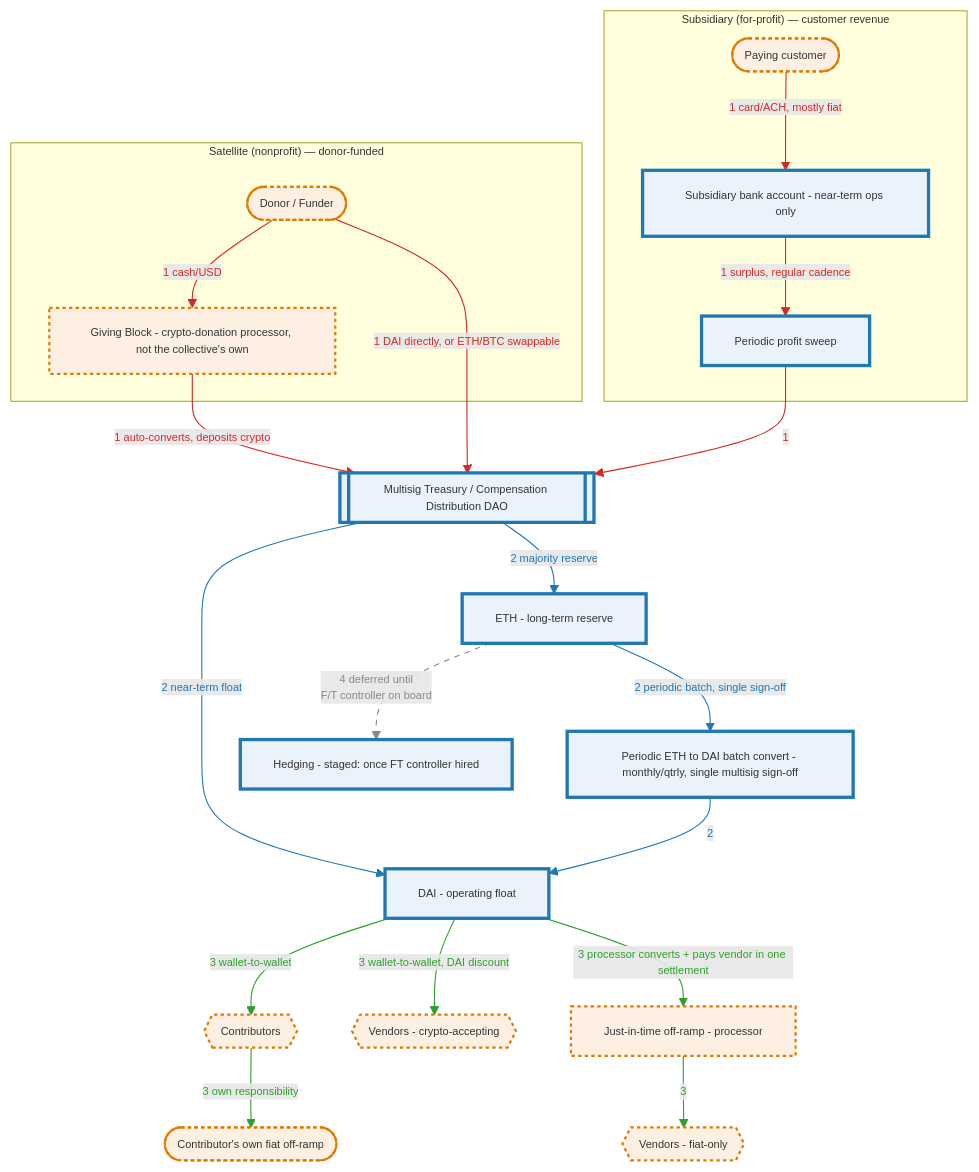
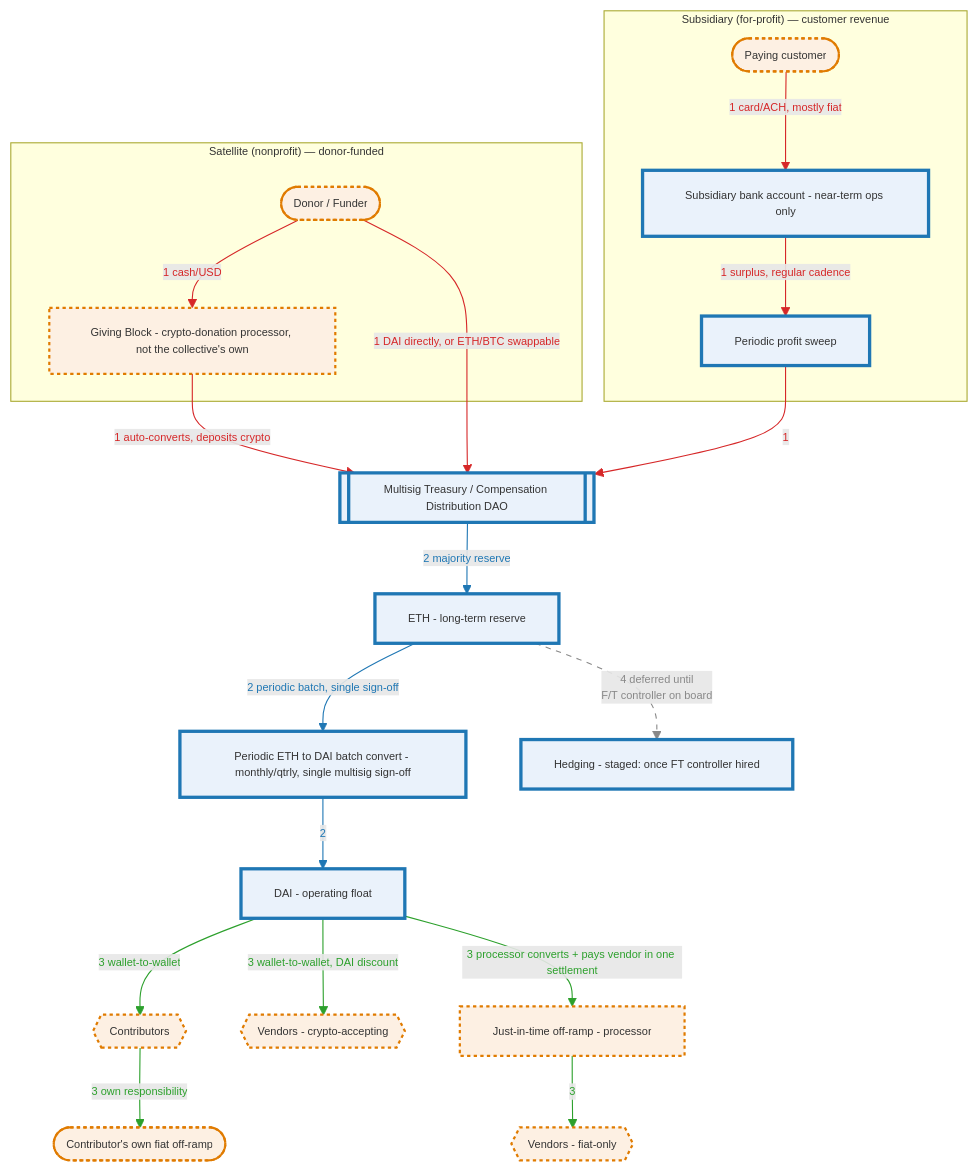
One commit to doikayt/admin changed the third of 4 diagrams in governance/commons-hub-pattern.md. Above: the diagram before and after it, drawn with Mermaid.

Commit message:
docs: remove redundant direct Treasury->DAIFloat edge
The periodic batch-convert is now the single, clear mechanism
funding the DAI float - removes the apparent duplication where two
separate arrows both fed the same box. Updated linkStyle indices to
match the reduced edge count.

````diff
--- a/governance/commons-hub-pattern.md
+++ b/governance/commons-hub-pattern.md
@@ -880,56 +880,55 @@
 ```mermaid
 %%{init: {"themeVariables": {"fontSize": "10px"}}}%%
 flowchart TD
     subgraph SAT["Satellite (nonprofit) — donor-funded"]
         Donor([Donor / Funder])
         DonationProcessor[Giving Block - crypto-donation processor, not the collective's own]
     end
 
     subgraph SUB["Subsidiary (for-profit) — customer revenue"]
         Customer([Paying customer])
         SubBank[Subsidiary bank account - near-term ops only]
         Sweep[Periodic profit sweep]
     end
 
     Treasury[[Multisig Treasury / Compensation Distribution DAO]]
     BatchConvert[Periodic ETH to DAI batch convert - monthly/qtrly, single multisig sign-off]
     DAIFloat[DAI - operating float]
     ETHReserve[ETH - long-term reserve]
     Contributors{{Contributors}}
     ContribOfframp([Contributor's own fiat off-ramp])
     VendorsCrypto{{Vendors - crypto-accepting}}
     OffRampJIT[Just-in-time off-ramp - processor]
     VendorsFiat{{Vendors - fiat-only}}
     Hedge[Hedging - staged: once FT controller hired]
 
     Donor -- "1 cash/USD" --> DonationProcessor
     DonationProcessor -- "1 auto-converts, deposits crypto" --> Treasury
     Donor -- "1 DAI directly, or ETH/BTC swappable" --> Treasury
     Customer -- "1 card/ACH, mostly fiat" --> SubBank
     SubBank -- "1 surplus, regular cadence" --> Sweep
     Sweep -- "1" --> Treasury
 
-    Treasury -- "2 near-term float" --> DAIFloat
     Treasury -- "2 majority reserve" --> ETHReserve
     ETHReserve -- "2 periodic batch, single sign-off" --> BatchConvert
     BatchConvert -- "2" --> DAIFloat
 
     DAIFloat -- "3 wallet-to-wallet" --> Contributors
     Contributors -- "3 own responsibility" --> ContribOfframp
     DAIFloat -- "3 wallet-to-wallet, DAI discount" --> VendorsCrypto
     DAIFloat -- "3 processor converts + pays vendor in one settlement" --> OffRampJIT
     OffRampJIT -- "3" --> VendorsFiat
 
     ETHReserve -.->|"4 deferred until<br/>F/T controller on board"| Hedge
 
     linkStyle 0,1,2,3,4,5 stroke:#d62728,color:#d62728
-    linkStyle 6,7,8,9 stroke:#1f77b4,color:#1f77b4
-    linkStyle 10,11,12,13,14 stroke:#2ca02c,color:#2ca02c
-    linkStyle 15 stroke:#888888,color:#888888,stroke-dasharray: 5 5
+    linkStyle 6,7,8 stroke:#1f77b4,color:#1f77b4
+    linkStyle 9,10,11,12,13 stroke:#2ca02c,color:#2ca02c
+    linkStyle 14 stroke:#888888,color:#888888,stroke-dasharray: 5 5
 
     classDef owned fill:#eaf2fb,stroke:#1f77b4,stroke-width:3px
     classDef external fill:#fdf0e3,stroke:#e07b00,stroke-width:2px,stroke-dasharray:3 3
     class Treasury,SubBank,Sweep,BatchConvert,DAIFloat,ETHReserve,Hedge owned
     class Donor,DonationProcessor,Customer,Contributors,ContribOfframp external
     class VendorsCrypto,OffRampJIT,VendorsFiat external
 ```
````
